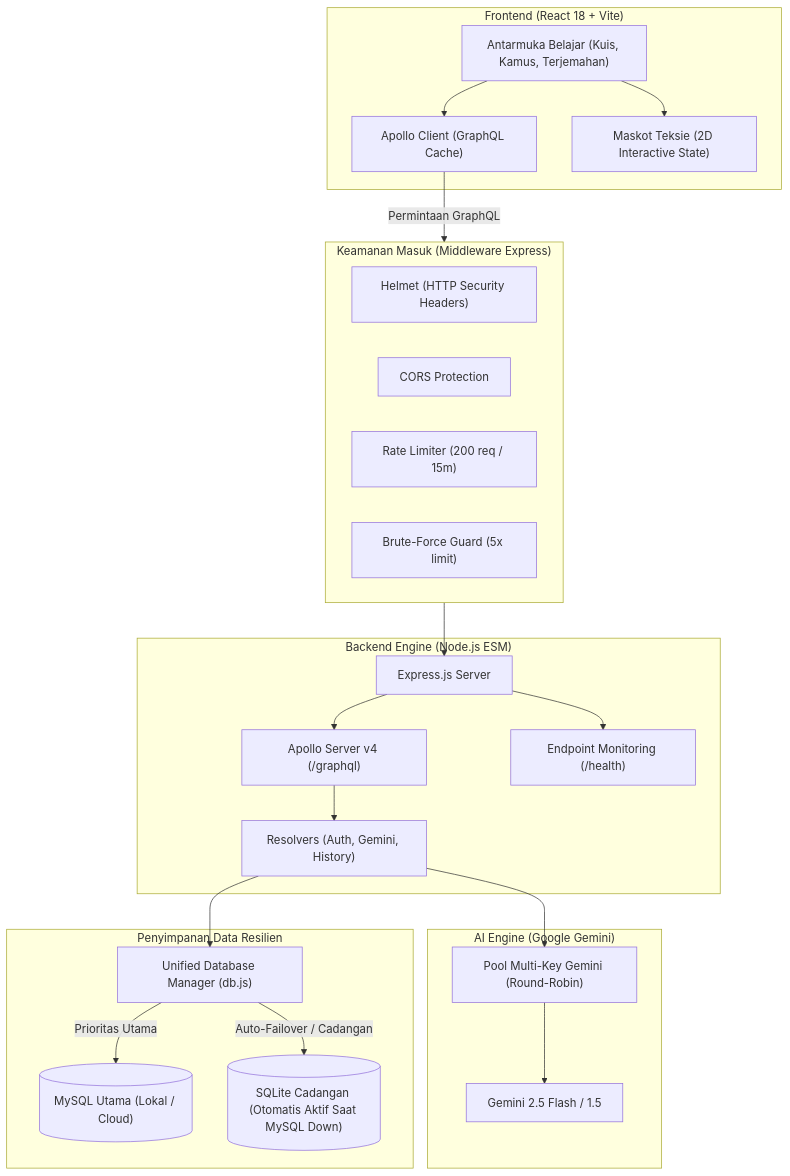
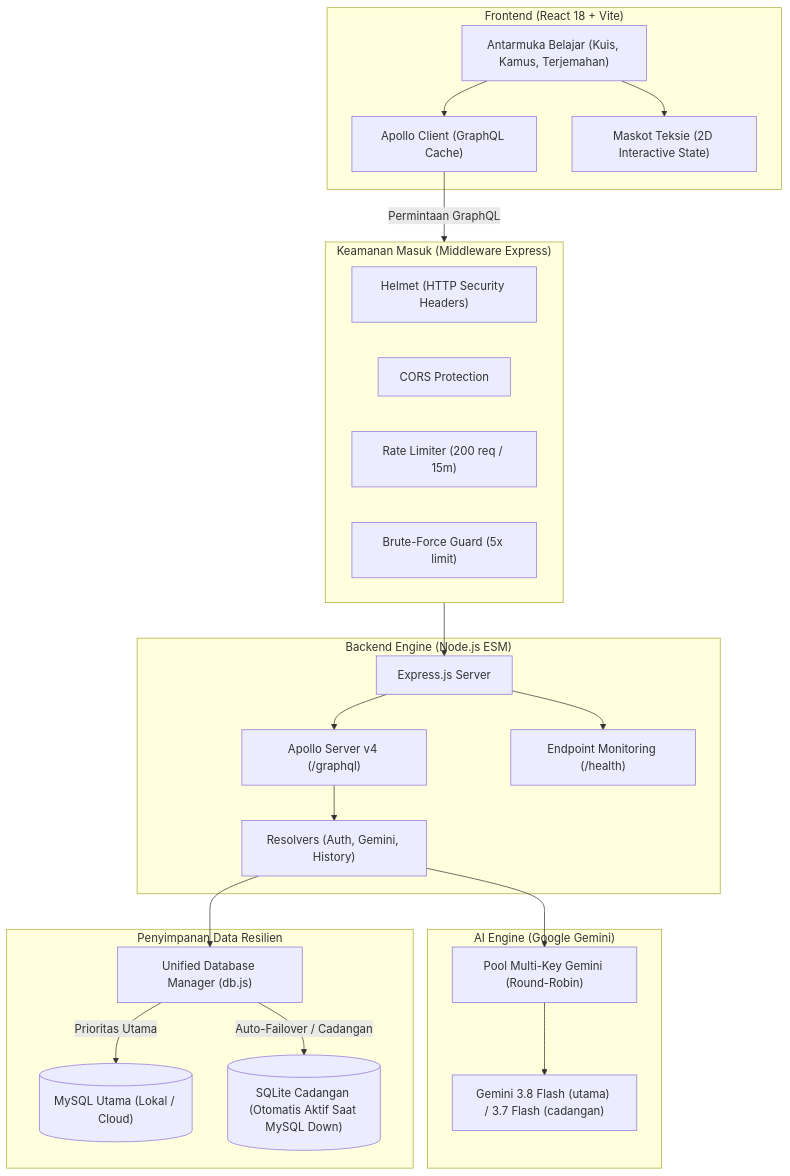
Before and after one commit to SlmAlhdr/pahamteks: the diagram in docs/ARCHITECTURE.md, drawn with Mermaid. The commit also changed 3 other files, not shown here.

````diff
--- a/docs/ARCHITECTURE.md
+++ b/docs/ARCHITECTURE.md
@@ -9,48 +9,48 @@
 ```mermaid
 flowchart TD
     subgraph Client ["Frontend (React 18 + Vite)"]
         UI["Antarmuka Belajar (Kuis, Kamus, Terjemahan)"]
         Apollo["Apollo Client (GraphQL Cache)"]
         Mascot["Maskot Teksie (2D Interactive State)"]
         UI --> Apollo
         UI --> Mascot
     end
 
     subgraph Security ["Keamanan Masuk (Middleware Express)"]
         Helmet["Helmet (HTTP Security Headers)"]
         CORS["CORS Protection"]
         RateLimit["Rate Limiter (200 req / 15m)"]
         BruteGuard["Brute-Force Guard (5x limit)"]
     end
 
     subgraph Backend ["Backend Engine (Node.js ESM)"]
         Express["Express.js Server"]
         GraphQL["Apollo Server v4 (/graphql)"]
         HealthEndpoint["Endpoint Monitoring (/health)"]
         Resolvers["Resolvers (Auth, Gemini, History)"]
         
         Express --> GraphQL
         Express --> HealthEndpoint
         GraphQL --> Resolvers
     end
 
     subgraph AI ["AI Engine (Google Gemini)"]
         KeyPool["Pool Multi-Key Gemini (Round-Robin)"]
-        GeminiAPI["Gemini 2.5 Flash / 1.5"]
+        GeminiAPI["Gemini 3.8 Flash (utama) / 3.7 Flash (cadangan)"]
         KeyPool --> GeminiAPI
     end
 
     subgraph DataLayer ["Penyimpanan Data Resilien"]
         DBManager["Unified Database Manager (db.js)"]
         MySQL[("MySQL Utama (Lokal / Cloud)")]
         SQLite[("SQLite Cadangan (Otomatis Aktif Saat MySQL Down)")]
         
         DBManager -->|Prioritas Utama| MySQL
         DBManager -->|Auto-Failover / Cadangan| SQLite
     end
 
     Apollo -->|Permintaan GraphQL| Security
     Security --> Express
     Resolvers --> KeyPool
     Resolvers --> DBManager
 ```
````
